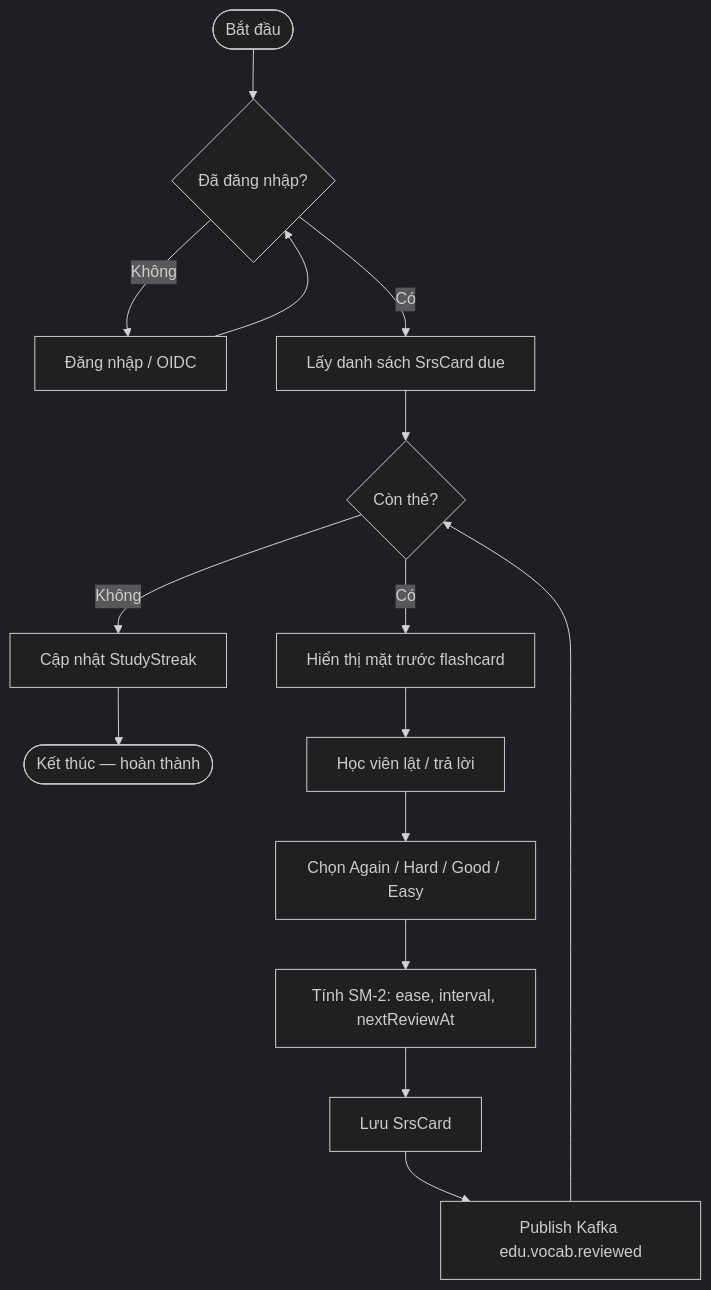
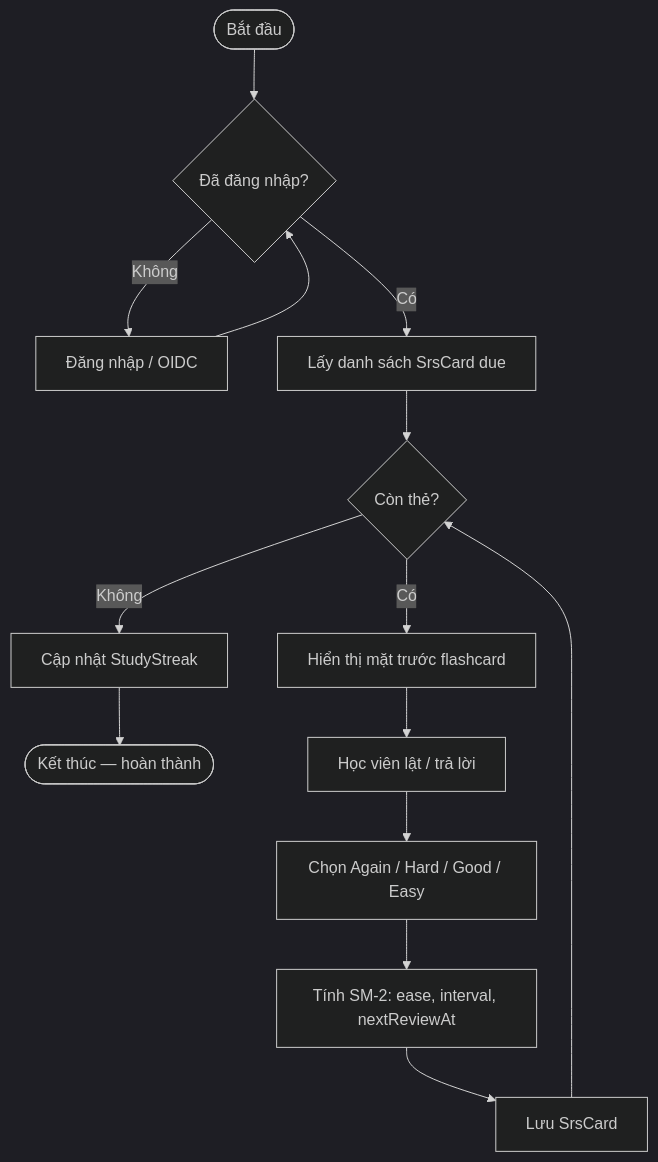
One commit to letiendungdn/edu-app-nihongo changed diagram 14 of 27 in docs/bao-cao-phan-tich-thiet-ke.md. Above: the diagram before and after it, drawn with Mermaid (dark theme). The commit also changed other lines of this file and 79 other files, not shown here.

````diff
--- a/docs/bao-cao-phan-tich-thiet-ke.md
+++ b/docs/bao-cao-phan-tich-thiet-ke.md
@@ -631,17 +630,16 @@
 ```mermaid
 flowchart TD
   Start([Bắt đầu]) --> Login{Đã đăng nhập?}
   Login -->|Không| DoLogin[Đăng nhập / OIDC]
   DoLogin --> Login
   Login -->|Có| FetchDue[Lấy danh sách SrsCard due]
   FetchDue --> Has{Còn thẻ?}
   Has -->|Không| UpdateStreak[Cập nhật StudyStreak]
   UpdateStreak --> End1([Kết thúc — hoàn thành])
   Has -->|Có| Show[Hiển thị mặt trước flashcard]
   Show --> Flip[Học viên lật / trả lời]
   Flip --> Rate[Chọn Again / Hard / Good / Easy]
   Rate --> SM2[Tính SM-2: ease, interval, nextReviewAt]
   SM2 --> Persist[Lưu SrsCard]
-  Persist --> Event[Publish Kafka edu.vocab.reviewed]
-  Event --> Has
+  Persist --> Has
 ```
````
